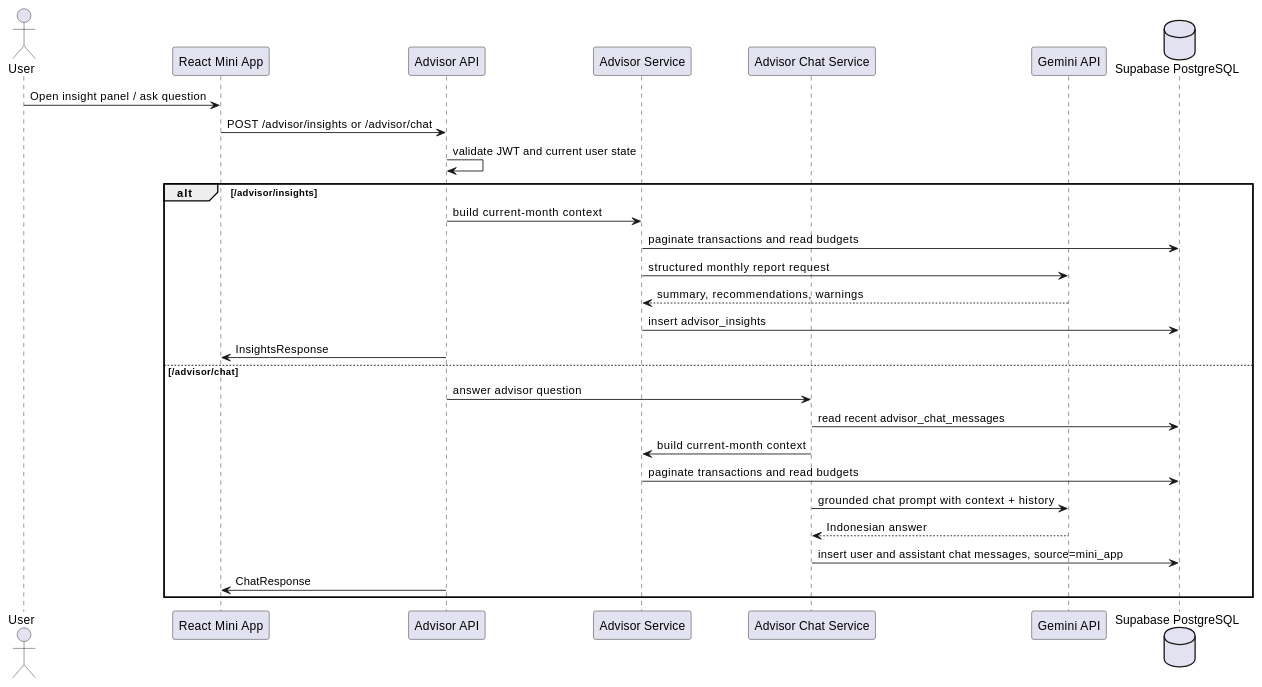
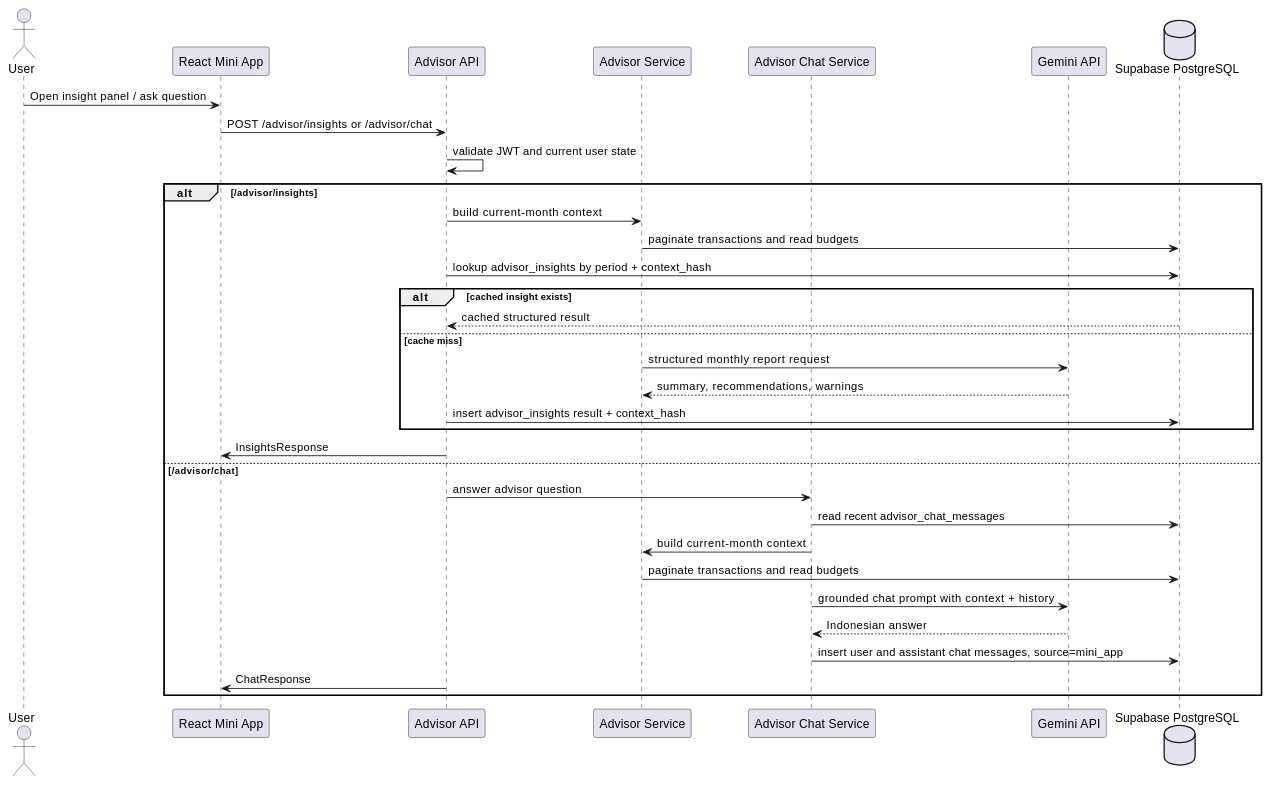
One commit to abdtirtayasa24/ai-expense-telegram changed the tenth of 13 diagrams in docs/ARCHITECTURE.md. Above: the diagram before and after it, drawn with PlantUML. The commit also changed other lines of this file and 10 other files, not shown here.

Commit message:
feat: cache advisor insights

````diff
--- a/docs/ARCHITECTURE.md
+++ b/docs/ARCHITECTURE.md
@@ -357,33 +357,38 @@
 ```plantuml
 @startuml
 actor User
 participant "React Mini App" as App
 participant "Advisor API" as API
 participant "Advisor Service" as Advisor
 participant "Advisor Chat Service" as Chat
 participant "Gemini API" as Gemini
 database "Supabase PostgreSQL" as DB
 
 User -> App : Open insight panel / ask question
 App -> API : POST /advisor/insights or /advisor/chat
 API -> API : validate JWT and current user state
 
 alt /advisor/insights
   API -> Advisor : build current-month context
   Advisor -> DB : paginate transactions and read budgets
-  Advisor -> Gemini : structured monthly report request
-  Gemini --> Advisor : summary, recommendations, warnings
-  Advisor -> DB : insert advisor_insights
+  API -> DB : lookup advisor_insights by period + context_hash
+  alt cached insight exists
+    DB --> API : cached structured result
+  else cache miss
+    Advisor -> Gemini : structured monthly report request
+    Gemini --> Advisor : summary, recommendations, warnings
+    API -> DB : insert advisor_insights result + context_hash
+  end
   API -> App : InsightsResponse
 else /advisor/chat
   API -> Chat : answer advisor question
   Chat -> DB : read recent advisor_chat_messages
   Chat -> Advisor : build current-month context
   Advisor -> DB : paginate transactions and read budgets
   Chat -> Gemini : grounded chat prompt with context + history
   Gemini --> Chat : Indonesian answer
   Chat -> DB : insert user and assistant chat messages, source=mini_app
   API -> App : ChatResponse
 end
 @enduml
 ```
````
